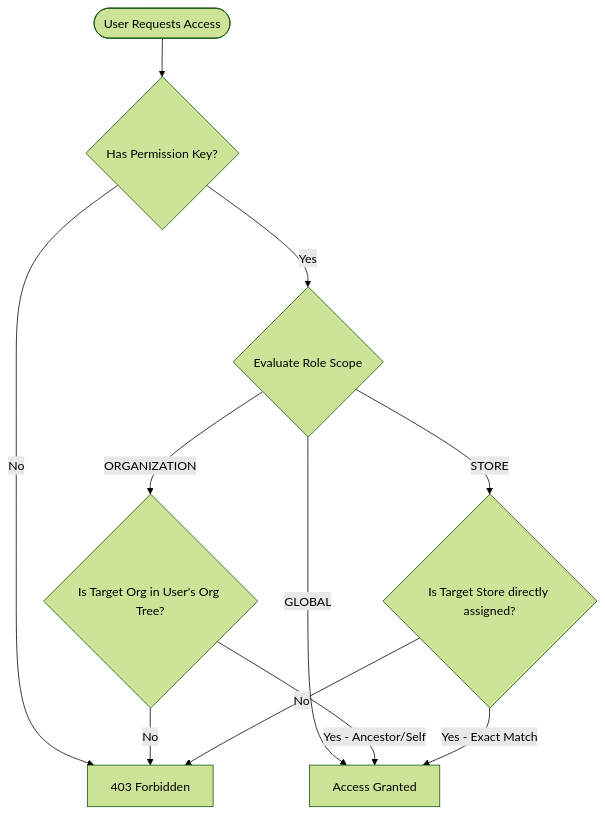
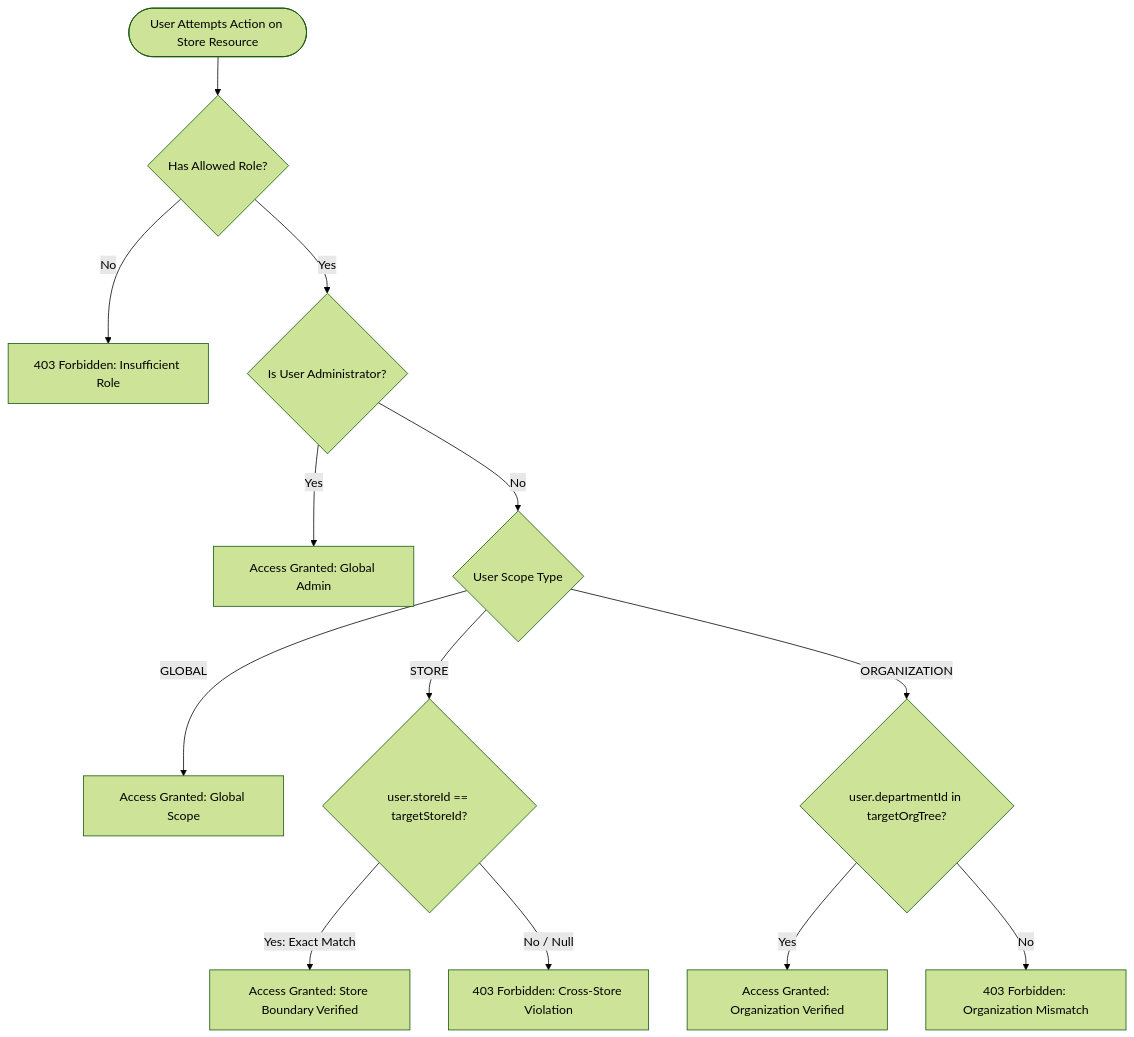
Before and after one commit to YonasGr/AMU-Resource-Management-System: the third of 7 diagrams in SYSTEM_DOCUMENTATION.md, drawn with Mermaid (forest theme). The commit also changed other lines of this file and 43 other files, not shown here.

First line of the commit message:
feat(rbac): implement full RBAC redesign, store-scope enforcement, and notification system

````diff
--- a/SYSTEM_DOCUMENTATION.md
+++ b/SYSTEM_DOCUMENTATION.md
@@ -180,16 +219,19 @@
 ```mermaid
 flowchart TD
-    User([User Requests Access]) --> CheckRole{Has Permission Key?}
-    CheckRole -->|No| Block[403 Forbidden]
-    CheckRole -->|Yes| EvaluateScope{Evaluate Role Scope}
+    User([User Attempts Action on Store Resource]) --> CheckRole{Has Allowed Role?}
+    CheckRole -->|No| Block403[403 Forbidden: Insufficient Role]
+    CheckRole -->|Yes| CheckAdmin{Is User Administrator?}
     
-    EvaluateScope -->|GLOBAL| Grant[Access Granted]
-    EvaluateScope -->|ORGANIZATION| CheckOrg{Is Target Org in User's Org Tree?}
-    EvaluateScope -->|STORE| CheckStore{Is Target Store directly assigned?}
+    CheckAdmin -->|Yes| GrantAdmin[Access Granted: Global Admin]
+    CheckAdmin -->|No| CheckScope{User Scope Type}
     
-    CheckOrg -->|Yes - Ancestor/Self| Grant
-    CheckOrg -->|No| Block
+    CheckScope -->|GLOBAL| GrantGlobal[Access Granted: Global Scope]
+    CheckScope -->|STORE| CheckStoreMatch{user.storeId == targetStoreId?}
+    CheckScope -->|ORGANIZATION| CheckOrgMatch{user.departmentId in targetOrgTree?}
     
-    CheckStore -->|Yes - Exact Match| Grant
-    CheckStore -->|No| Block
+    CheckStoreMatch -->|Yes: Exact Match| GrantStore[Access Granted: Store Boundary Verified]
+    CheckStoreMatch -->|No / Null| BlockStore[403 Forbidden: Cross-Store Violation]
+    
+    CheckOrgMatch -->|Yes| GrantOrg[Access Granted: Organization Verified]
+    CheckOrgMatch -->|No| BlockOrg[403 Forbidden: Organization Mismatch]
 ```
````
